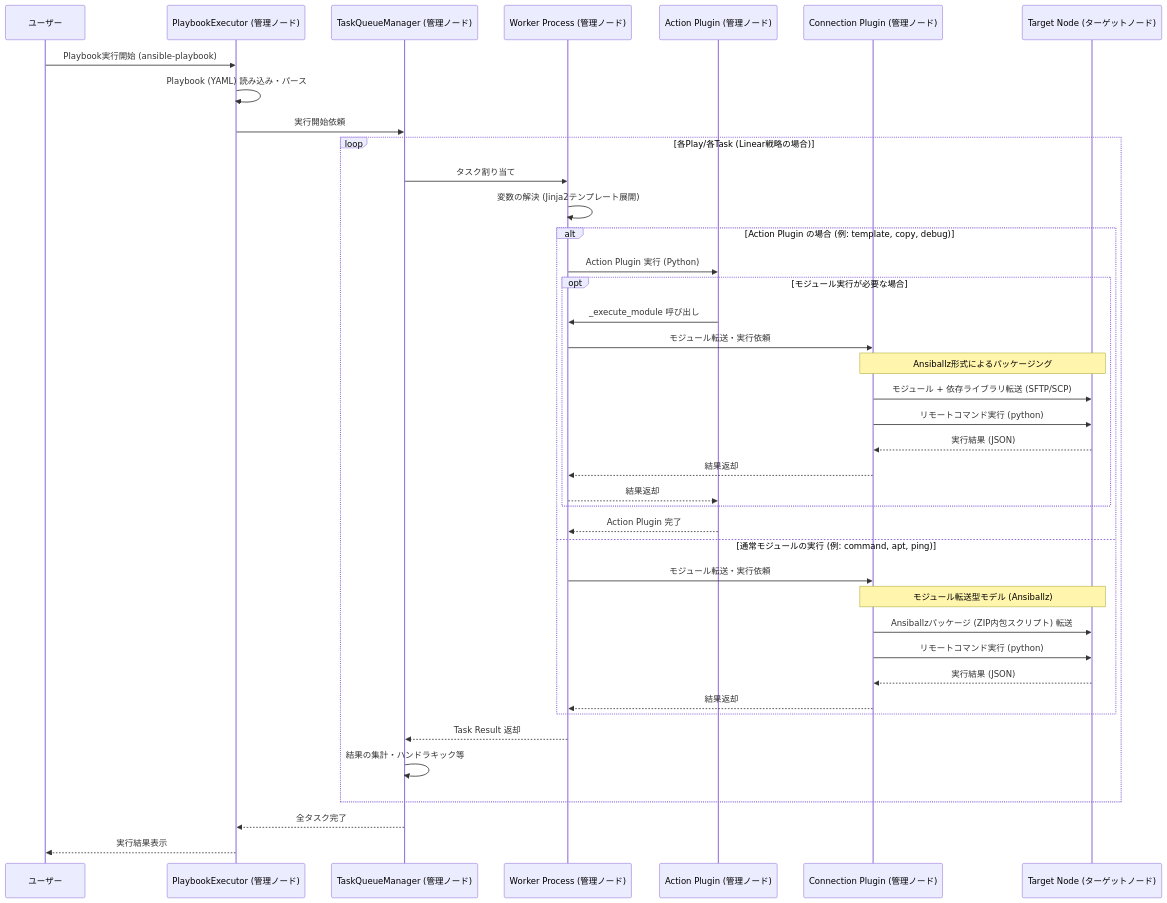
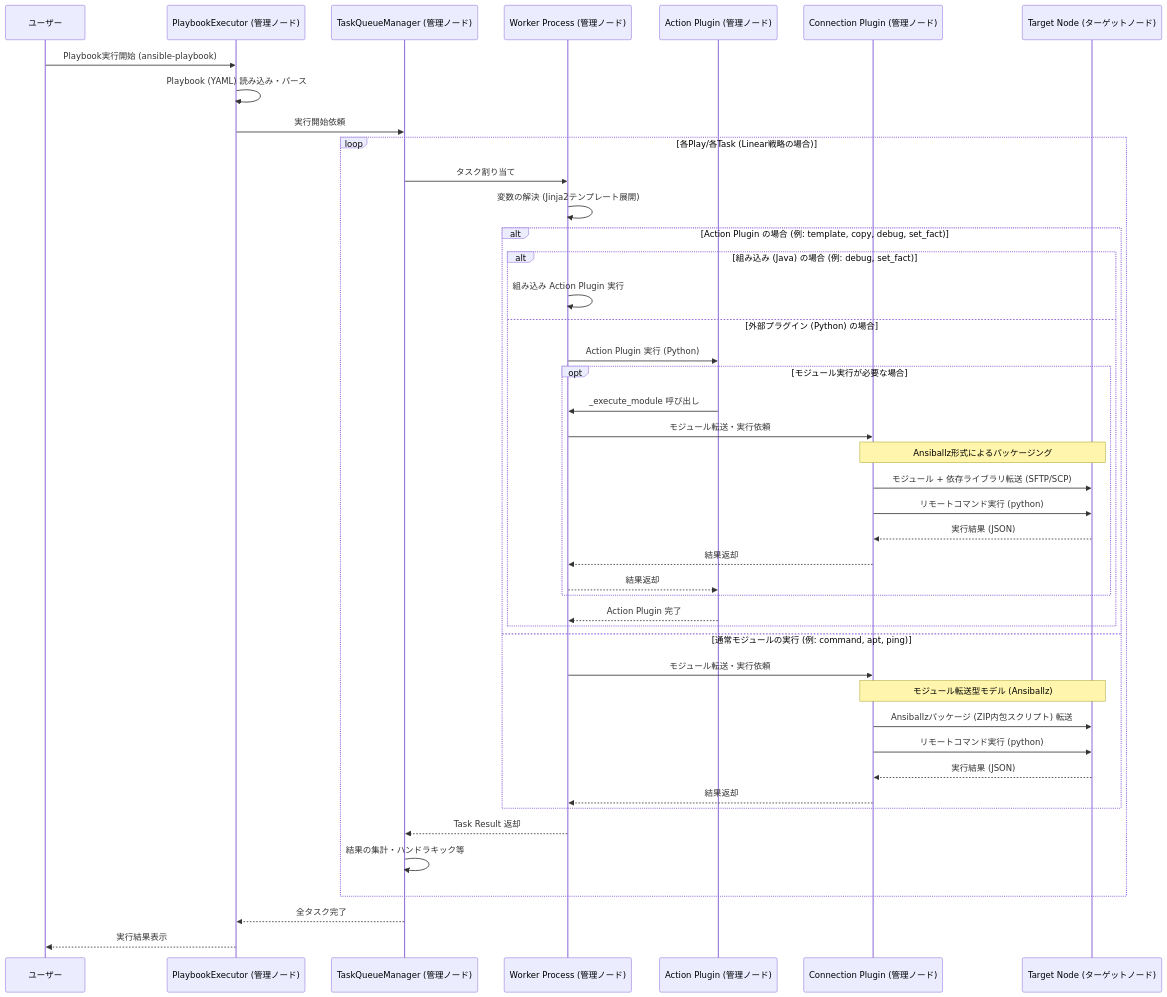
The diagram in docs/features/Process-Flow.md (yamanakahirofumi/graal-ansible), drawn with Mermaid before and after one commit. The commit also changed other lines of this file and 2 other files, not shown here.

Commit message:
[更新] Action Plugin 実装方針の更新と完了済み項目の整理
Action Plugin の実装に Java による軽量エミュレータ（組み込みプラグイン）が導入されたことに伴い、
関連する仕様ドキュメントおよび処理フロー図を更新しました。
また、TODOリストにおいて完了済みのリファクタリング項目を整理しました。

- Action-Plugins.md: Java インターフェースと優先順位ロジックの追加
- Process-Flow.md: 組み込み Action Plugin の実行パスをシーケンス図に追加
- TODO-Details.md: コネクション抽象化やループ処理のリファクタリング完了を反映

````diff
--- a/docs/features/Process-Flow.md
+++ b/docs/features/Process-Flow.md
@@ -9,47 +9,51 @@
 ```mermaid
 sequenceDiagram
     participant User as ユーザー
     participant PE as PlaybookExecutor (管理ノード)
     participant TQM as TaskQueueManager (管理ノード)
     participant Worker as Worker Process (管理ノード)
     participant AP as Action Plugin (管理ノード)
     participant CP as Connection Plugin (管理ノード)
     participant TN as Target Node (ターゲットノード)
 
     User->>PE: Playbook実行開始 (ansible-playbook)
     PE->>PE: Playbook (YAML) 読み込み・パース
     PE->>TQM: 実行開始依頼
 
     loop 各Play/各Task (Linear戦略の場合)
         TQM->>Worker: タスク割り当て
         Worker->>Worker: 変数の解決 (Jinja2テンプレート展開)
 
-        alt Action Plugin の場合 (例: template, copy, debug)
-            Worker->>AP: Action Plugin 実行 (Python)
-            opt モジュール実行が必要な場合
-                AP->>Worker: _execute_module 呼び出し
-                Worker->>CP: モジュール転送・実行依頼
-                Note over CP, TN: Ansiballz形式によるパッケージング
-                CP->>TN: モジュール + 依存ライブラリ転送 (SFTP/SCP)
-                CP->>TN: リモートコマンド実行 (python)
-                TN-->>CP: 実行結果 (JSON)
-                CP-->>Worker: 結果返却
-                Worker-->>AP: 結果返却
+        alt Action Plugin の場合 (例: template, copy, debug, set_fact)
+            alt 組み込み (Java) の場合 (例: debug, set_fact)
+                Worker->>Worker: 組み込み Action Plugin 実行
+            else 外部プラグイン (Python) の場合
+                Worker->>AP: Action Plugin 実行 (Python)
+                opt モジュール実行が必要な場合
+                    AP->>Worker: _execute_module 呼び出し
+                    Worker->>CP: モジュール転送・実行依頼
+                    Note over CP, TN: Ansiballz形式によるパッケージング
+                    CP->>TN: モジュール + 依存ライブラリ転送 (SFTP/SCP)
+                    CP->>TN: リモートコマンド実行 (python)
+                    TN-->>CP: 実行結果 (JSON)
+                    CP-->>Worker: 結果返却
+                    Worker-->>AP: 結果返却
+                end
+                AP-->>Worker: Action Plugin 完了
             end
-            AP-->>Worker: Action Plugin 完了
         else 通常モジュールの実行 (例: command, apt, ping)
             Worker->>CP: モジュール転送・実行依頼
             Note over CP, TN: モジュール転送型モデル (Ansiballz)
             CP->>TN: Ansiballzパッケージ (ZIP内包スクリプト) 転送
             CP->>TN: リモートコマンド実行 (python)
             TN-->>CP: 実行結果 (JSON)
             CP-->>Worker: 結果返却
         end
 
         Worker-->>TQM: Task Result 返却
         TQM->>TQM: 結果の集計・ハンドラキック等
     end
 
     TQM-->>PE: 全タスク完了
     PE-->>User: 実行結果表示
 ```
````
